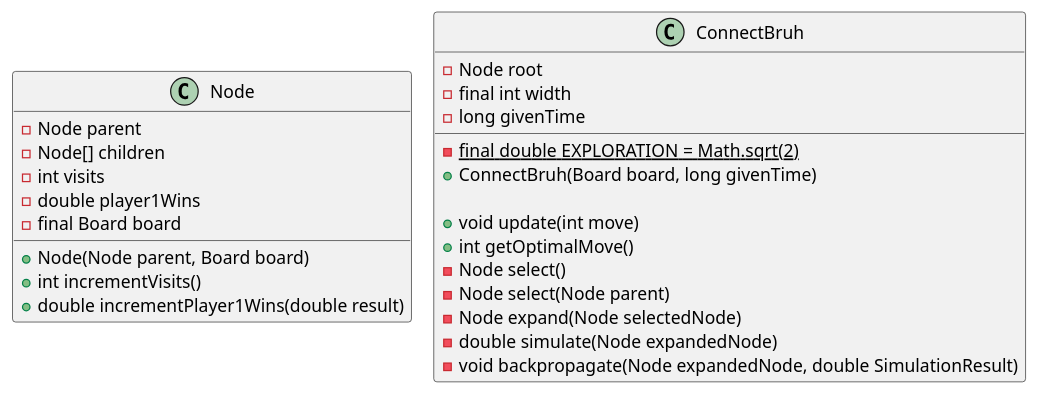
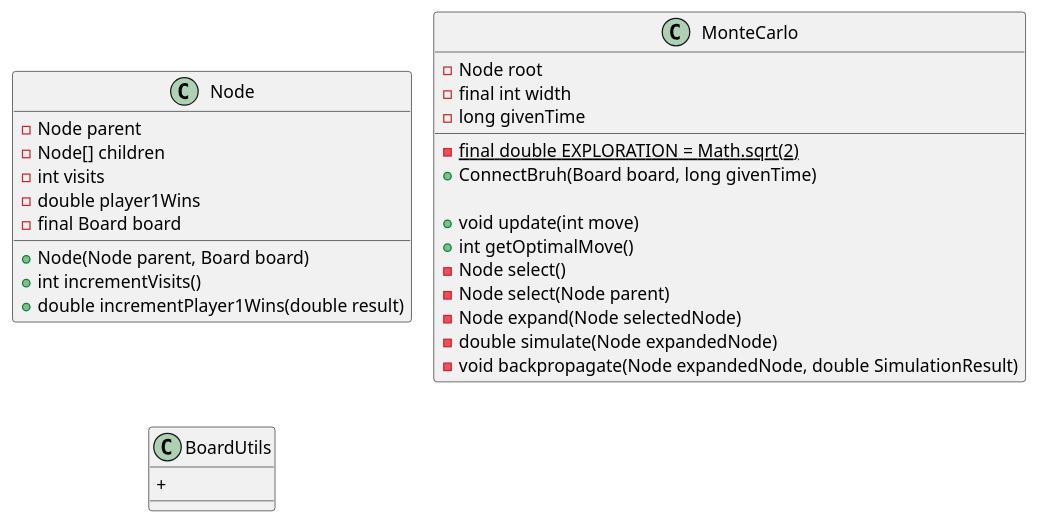
One commit to NThorntonTHG/connect-bruh changed the diagram in ClassDiagram.md. Above: the diagram before and after it, drawn with PlantUML. The commit also changed 4 other files, not shown here.

Commit message:
WIP classes, class diagram

````diff
--- a/ClassDiagram.md
+++ b/ClassDiagram.md
@@ -1,36 +1,39 @@
 ```plantuml
 @startuml
 !pragma layout smetana
 
 class Node {
     -Node parent
     -Node[] children
     -int visits
     -double player1Wins
     -final Board board
     
     +Node(Node parent, Board board)
     +int incrementVisits()
     +double incrementPlayer1Wins(double result)
 
 }
 
-class ConnectBruh {
+class MonteCarlo {
     -Node root
     -final int width
     -{static} final double EXPLORATION = Math.sqrt(2)
     -long givenTime
     
     +ConnectBruh(Board board, long givenTime)
     
     +void update(int move)
     +int getOptimalMove()
     -Node select()
     -Node select(Node parent)
     -Node expand(Node selectedNode)
     -double simulate(Node expandedNode)
     -void backpropagate(Node expandedNode, double SimulationResult)
 }
 
+class BoardUtils {
+    +
+}
 @enduml
 ```
````
